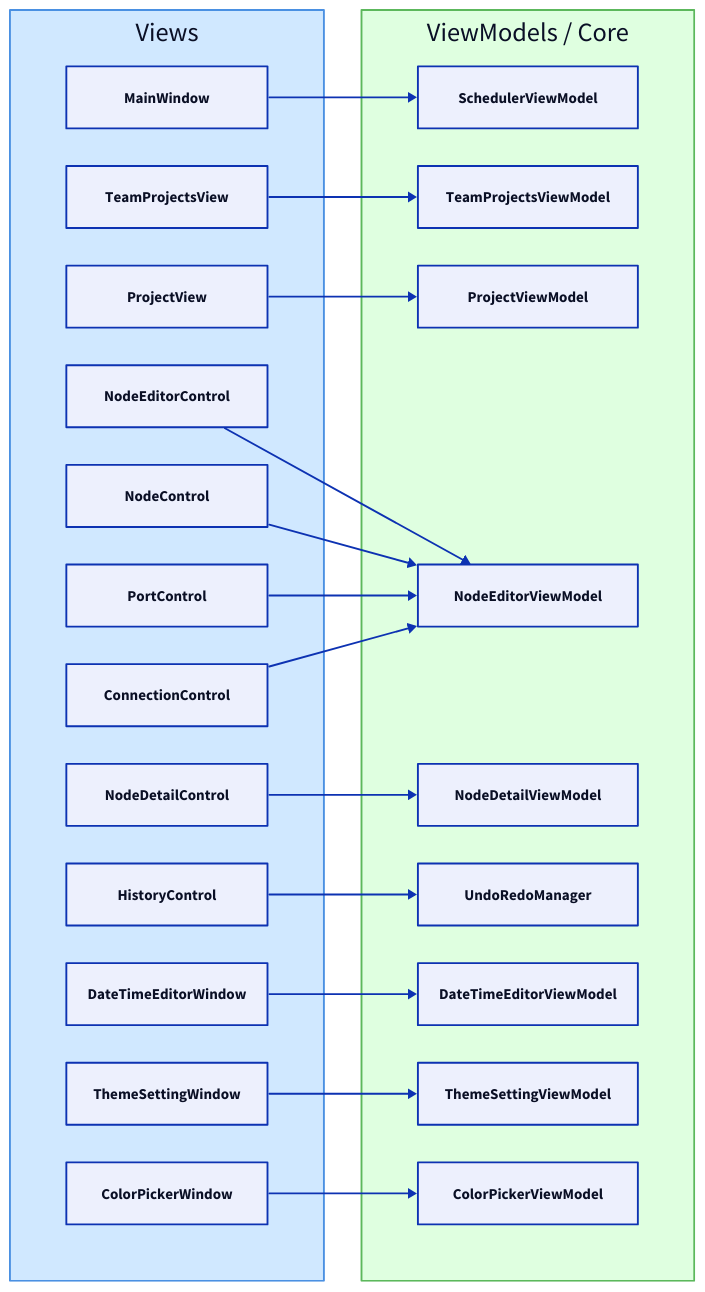
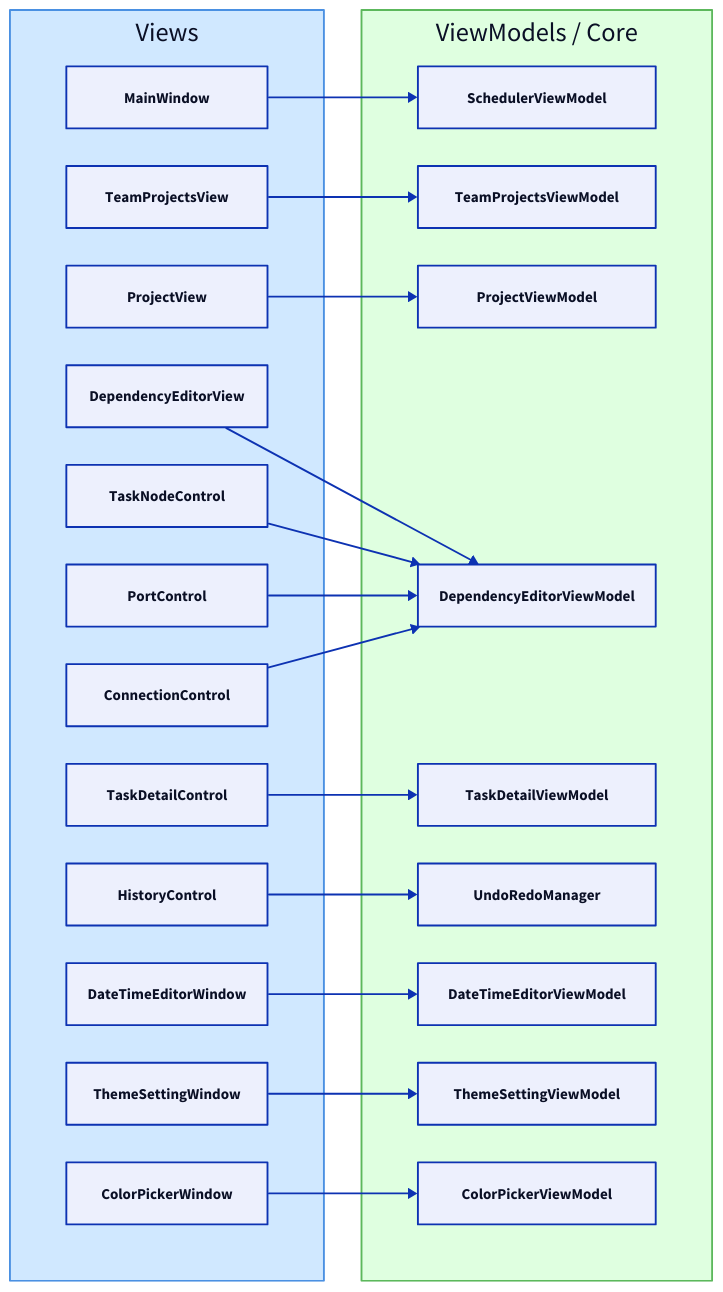
Before and after one commit to WhiteCatMonar/WcmScheduler: the third of 5 diagrams in documentation/task_editor_spec.md, drawn with D2. The commit also changed other lines of this file and 90 other files, not shown here.

````diff
--- a/documentation/task_editor_spec.md
+++ b/documentation/task_editor_spec.md
@@ -398,56 +403,56 @@
 ```d2
 direction: right
 grid-columns: 2
 grid-gap: 40
 
 views: Views {
   style.fill: "#D0E8FF"
   style.stroke: "#4A90E2"
   grid-rows: 12
 
   MainWindow
   TeamProjectsView
   ProjectView
-  NodeEditorControl
-  NodeControl
+  DependencyEditorView
+  TaskNodeControl
   PortControl
   ConnectionControl
-  NodeDetailControl
+  TaskDetailControl
   HistoryControl
   DateTimeEditorWindow
   ThemeSettingWindow
   ColorPickerWindow
 }
 
 targets: "ViewModels / Core" {
   style.fill: "#DFFFE0"
   style.stroke: "#5CB85C"
   grid-rows: 12
 
   SchedulerViewModel
   TeamProjectsViewModel
   ProjectViewModel
   Blank1:{style.opacity:0}
   Blank2:{style.opacity:0}
-  NodeEditorViewModel
+  DependencyEditorViewModel
   Blank3:{style.opacity:0}
-  NodeDetailViewModel
+  TaskDetailViewModel
   UndoRedoManager
   DateTimeEditorViewModel
   ThemeSettingViewModel
   ColorPickerViewModel
 }
 
 views.MainWindow -> targets.SchedulerViewModel
 views.TeamProjectsView -> targets.TeamProjectsViewModel
 views.ProjectView -> targets.ProjectViewModel
-views.NodeEditorControl -> targets.NodeEditorViewModel
-views.NodeControl -> targets.NodeEditorViewModel
-views.PortControl -> targets.NodeEditorViewModel
-views.ConnectionControl -> targets.NodeEditorViewModel
-views.NodeDetailControl -> targets.NodeDetailViewModel
+views.DependencyEditorView -> targets.DependencyEditorViewModel
+views.TaskNodeControl -> targets.DependencyEditorViewModel
+views.PortControl -> targets.DependencyEditorViewModel
+views.ConnectionControl -> targets.DependencyEditorViewModel
+views.TaskDetailControl -> targets.TaskDetailViewModel
 views.HistoryControl -> targets.UndoRedoManager
 views.DateTimeEditorWindow -> targets.DateTimeEditorViewModel
 views.ThemeSettingWindow -> targets.ThemeSettingViewModel
 views.ColorPickerWindow -> targets.ColorPickerViewModel
 ```
````
